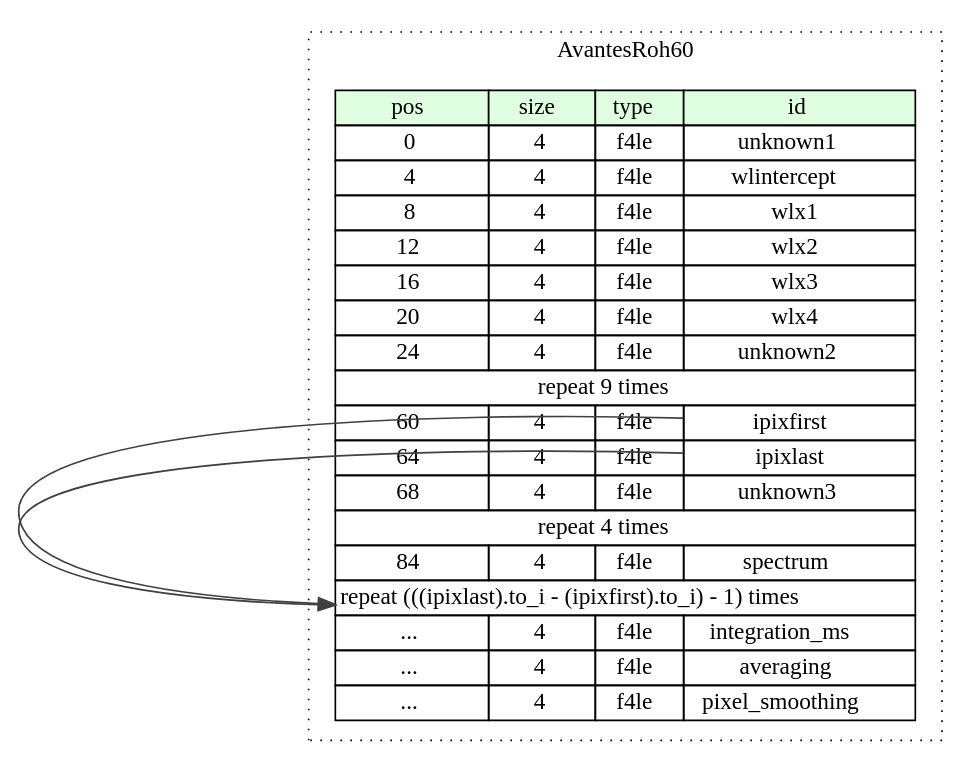
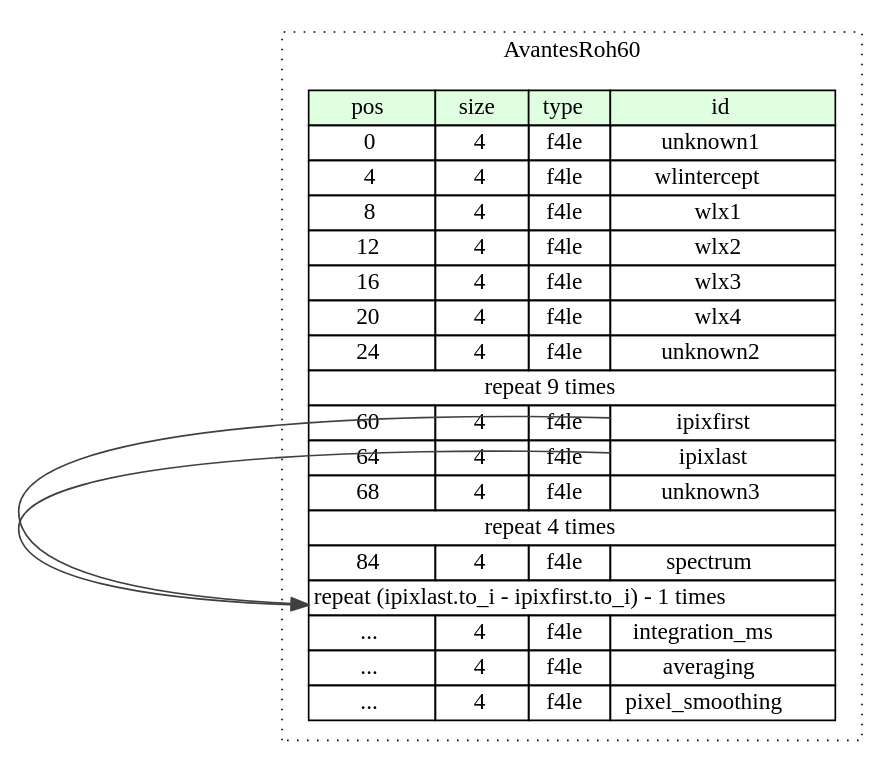
The diagram in avantes_roh60/src/graphviz/avantes_roh60.dot (kaitai-io/formats-kaitai-io.github.io), drawn with Graphviz before and after one commit. The commit also changed 6539 other files, not shown here.

```diff
--- a/avantes_roh60/src/graphviz/avantes_roh60.dot
+++ b/avantes_roh60/src/graphviz/avantes_roh60.dot
@@ -1,31 +1,31 @@
 digraph {
 	rankdir=LR;
 	node [shape=plaintext];
 	subgraph cluster__avantes_roh60 {
 		label="AvantesRoh60";
 		graph[style=dotted];
 
 		avantes_roh60__seq [label=<<TABLE BORDER="0" CELLBORDER="1" CELLSPACING="0">
 			<TR><TD BGCOLOR="#E0FFE0">pos</TD><TD BGCOLOR="#E0FFE0">size</TD><TD BGCOLOR="#E0FFE0">type</TD><TD BGCOLOR="#E0FFE0">id</TD></TR>
 			<TR><TD PORT="unknown1_pos">0</TD><TD PORT="unknown1_size">4</TD><TD>f4le</TD><TD PORT="unknown1_type">unknown1</TD></TR>
 			<TR><TD PORT="wlintercept_pos">4</TD><TD PORT="wlintercept_size">4</TD><TD>f4le</TD><TD PORT="wlintercept_type">wlintercept</TD></TR>
 			<TR><TD PORT="wlx1_pos">8</TD><TD PORT="wlx1_size">4</TD><TD>f4le</TD><TD PORT="wlx1_type">wlx1</TD></TR>
 			<TR><TD PORT="wlx2_pos">12</TD><TD PORT="wlx2_size">4</TD><TD>f4le</TD><TD PORT="wlx2_type">wlx2</TD></TR>
 			<TR><TD PORT="wlx3_pos">16</TD><TD PORT="wlx3_size">4</TD><TD>f4le</TD><TD PORT="wlx3_type">wlx3</TD></TR>
 			<TR><TD PORT="wlx4_pos">20</TD><TD PORT="wlx4_size">4</TD><TD>f4le</TD><TD PORT="wlx4_type">wlx4</TD></TR>
 			<TR><TD PORT="unknown2_pos">24</TD><TD PORT="unknown2_size">4</TD><TD>f4le</TD><TD PORT="unknown2_type">unknown2</TD></TR>
 			<TR><TD COLSPAN="4" PORT="unknown2__repeat">repeat 9 times</TD></TR>
 			<TR><TD PORT="ipixfirst_pos">60</TD><TD PORT="ipixfirst_size">4</TD><TD>f4le</TD><TD PORT="ipixfirst_type">ipixfirst</TD></TR>
 			<TR><TD PORT="ipixlast_pos">64</TD><TD PORT="ipixlast_size">4</TD><TD>f4le</TD><TD PORT="ipixlast_type">ipixlast</TD></TR>
 			<TR><TD PORT="unknown3_pos">68</TD><TD PORT="unknown3_size">4</TD><TD>f4le</TD><TD PORT="unknown3_type">unknown3</TD></TR>
 			<TR><TD COLSPAN="4" PORT="unknown3__repeat">repeat 4 times</TD></TR>
 			<TR><TD PORT="spectrum_pos">84</TD><TD PORT="spectrum_size">4</TD><TD>f4le</TD><TD PORT="spectrum_type">spectrum</TD></TR>
-			<TR><TD COLSPAN="4" PORT="spectrum__repeat">repeat (((ipixlast).to_i - (ipixfirst).to_i) - 1) times</TD></TR>
+			<TR><TD COLSPAN="4" PORT="spectrum__repeat">repeat (ipixlast.to_i - ipixfirst.to_i) - 1 times</TD></TR>
 			<TR><TD PORT="integration_ms_pos">...</TD><TD PORT="integration_ms_size">4</TD><TD>f4le</TD><TD PORT="integration_ms_type">integration_ms</TD></TR>
 			<TR><TD PORT="averaging_pos">...</TD><TD PORT="averaging_size">4</TD><TD>f4le</TD><TD PORT="averaging_type">averaging</TD></TR>
 			<TR><TD PORT="pixel_smoothing_pos">...</TD><TD PORT="pixel_smoothing_size">4</TD><TD>f4le</TD><TD PORT="pixel_smoothing_type">pixel_smoothing</TD></TR>
 		</TABLE>>];
 	}
 	avantes_roh60__seq:ipixlast_type -> avantes_roh60__seq:spectrum__repeat [color="#404040"];
 	avantes_roh60__seq:ipixfirst_type -> avantes_roh60__seq:spectrum__repeat [color="#404040"];
 }
```
